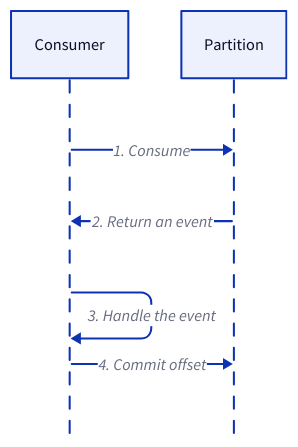
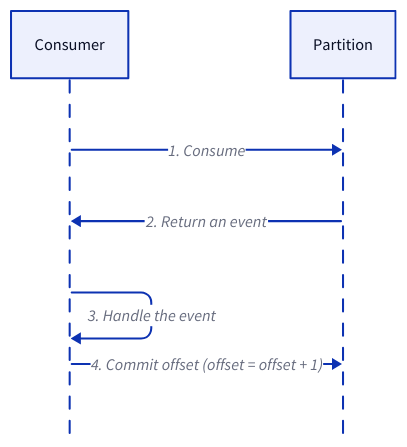
Before and after one commit to link1905/system-design-101: diagram 19 of 20 in content/docs/data-persistence/event-streaming-platform/_index.md, drawn with D2. The commit also changed other lines of this file and 31 other files, not shown here.

````diff
--- a/content/docs/data-persistence/event-streaming-platform/_index.md
+++ b/content/docs/data-persistence/event-streaming-platform/_index.md
@@ -705,13 +710,13 @@
 ```d2
 shape: sequence_diagram
 c: Consumer {
     class: client
 }
 q: Partition {
     class: mq
 }
 c -> q: 1. Consume
 q -> c: 2. Return an event
 c -> c: 3. Handle the event
-c -> q: 4. Commit offset
+c -> q: 4. Commit offset (offset = offset + 1)
 ```
````
